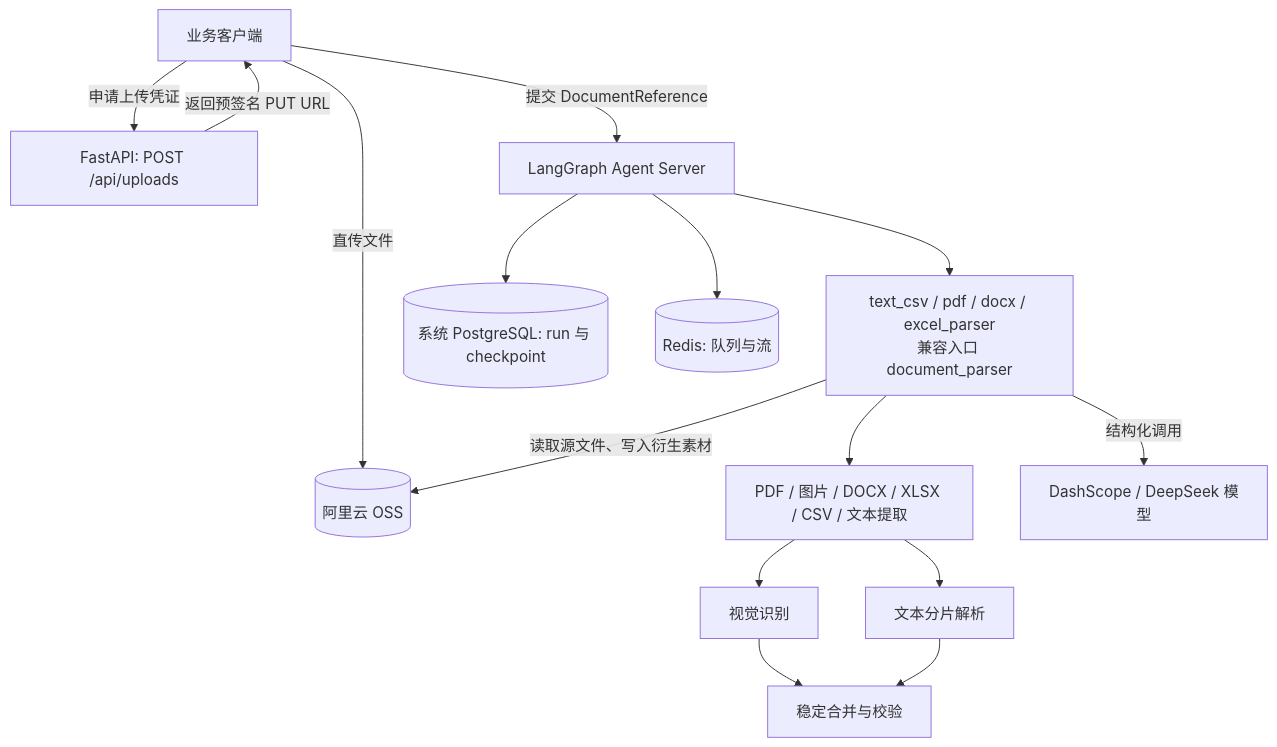
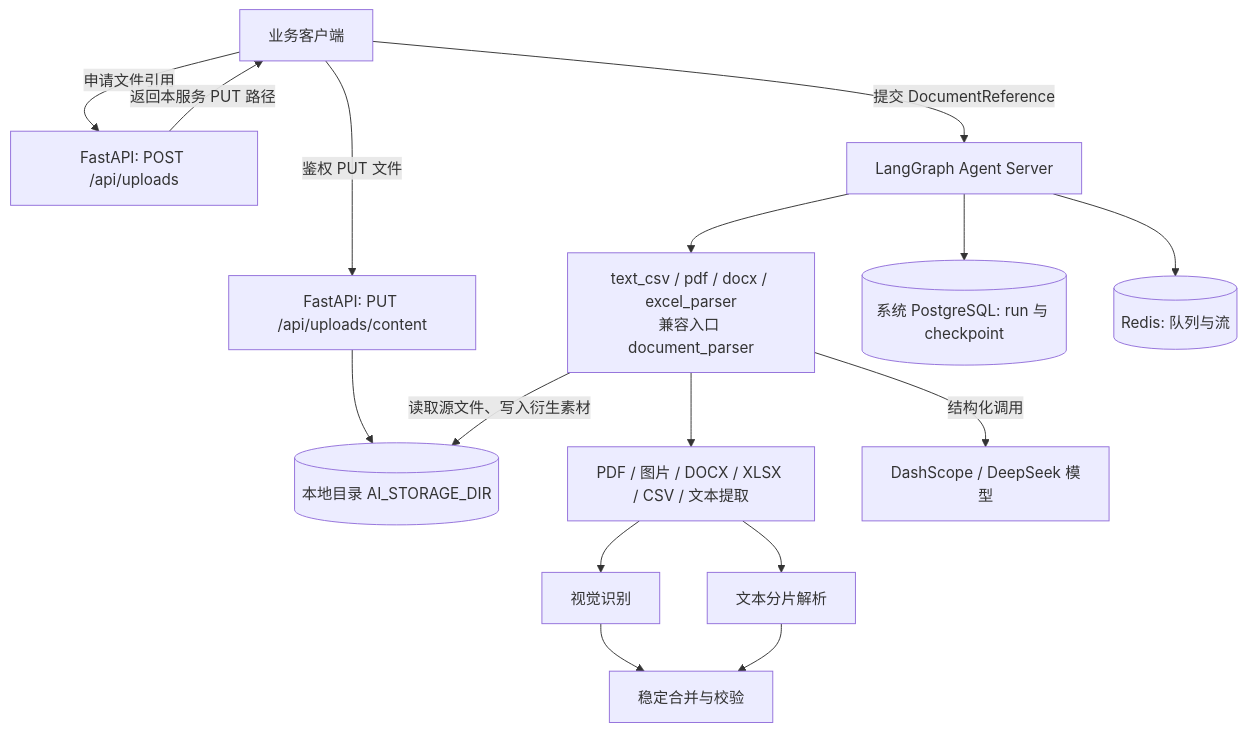
Before and after one commit to shenyankm/PractiQ: the diagram in server/README.md, drawn with Mermaid. The commit also changed other lines of this file and 23 other files, not shown here.

Commit message:
refactor(server): replace OSS with validated local file storage

````diff
--- a/server/README.md
+++ b/server/README.md
@@ -33,17 +33,18 @@
 ```mermaid
 graph TD
-    User["业务客户端"] -->|"申请上传凭证"| Upload["FastAPI: POST /api/uploads"]
-    Upload -->|"返回预签名 PUT URL"| User
-    User -->|"直传文件"| OSS[("阿里云 OSS")]
+    User["业务客户端"] -->|"申请文件引用"| Upload["FastAPI: POST /api/uploads"]
+    Upload -->|"返回本服务 PUT 路径"| User
+    User -->|"鉴权 PUT 文件"| Content["FastAPI: PUT /api/uploads/content"]
+    Content --> Storage[("本地目录 AI_STORAGE_DIR")]
     User -->|"提交 DocumentReference"| Server["LangGraph Agent Server"]
     Server --> Parser["text_csv / pdf / docx / excel_parser<br/>兼容入口 document_parser"]
     Parser --> Extract["PDF / 图片 / DOCX / XLSX / CSV / 文本提取"]
     Extract --> Vision["视觉识别"]
     Extract --> Chunk["文本分片解析"]
     Vision --> Merge["稳定合并与校验"]
     Chunk --> Merge
-    Parser -->|"读取源文件、写入衍生素材"| OSS
+    Parser -->|"读取源文件、写入衍生素材"| Storage
     Parser -->|"结构化调用"| Model["DashScope / DeepSeek 模型"]
     Server --> PG[("系统 PostgreSQL: run 与 checkpoint")]
     Server --> Redis[("Redis: 队列与流")]
 ```
````
